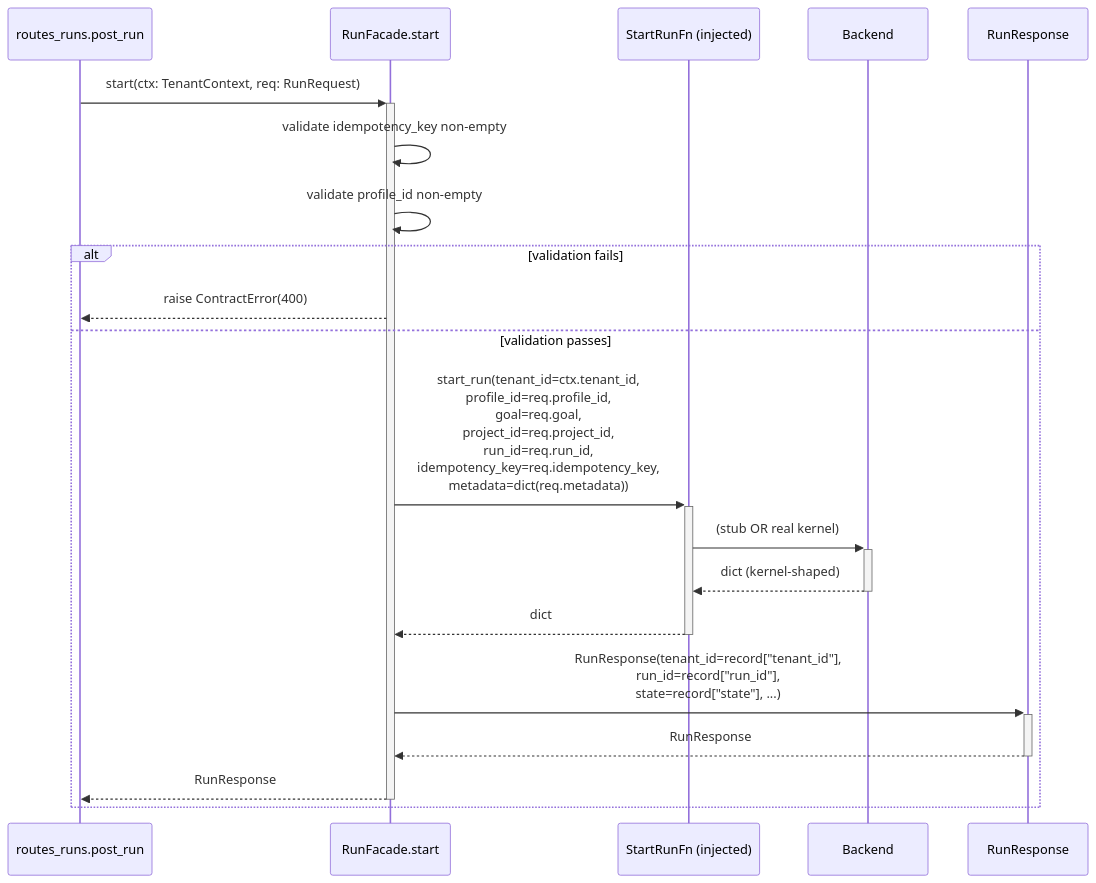
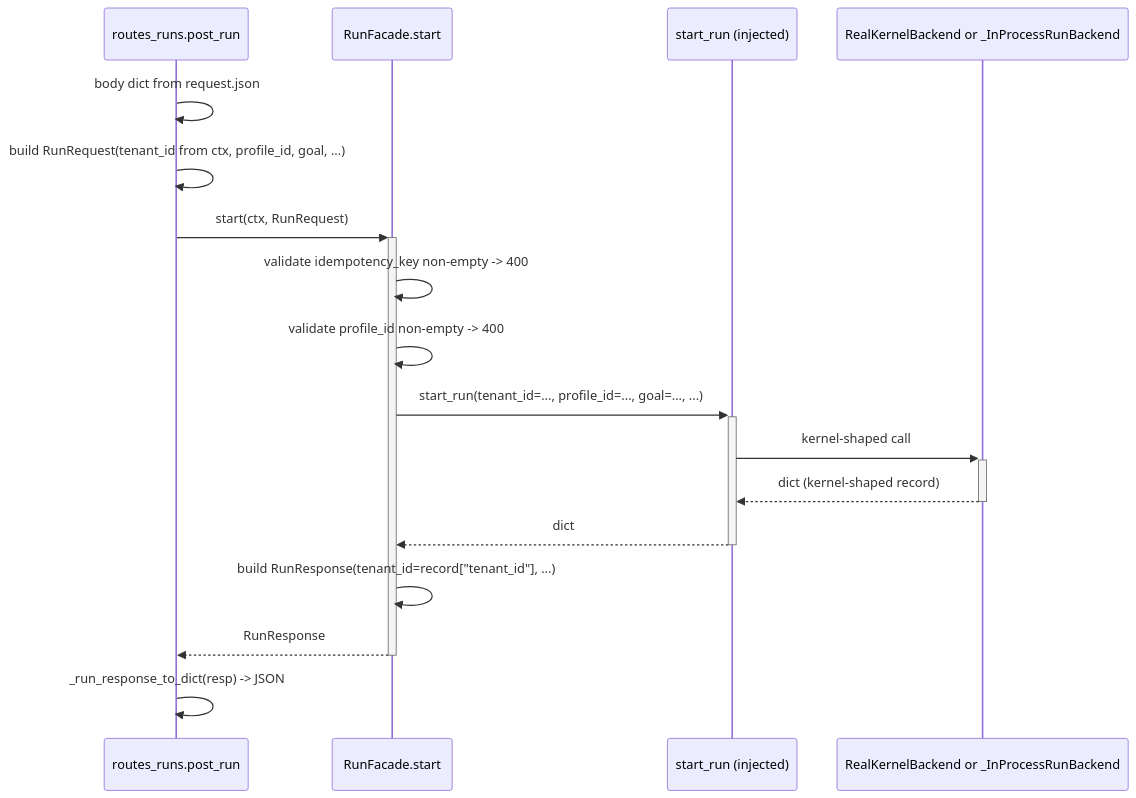
Before and after one commit to chaosxingxc-orion/hi-agent: the fifth of 5 diagrams in agent_server/facade/ARCHITECTURE.md, drawn with Mermaid. The commit also changed other lines of this file and 25 other files, not shown here.

First line of the commit message:
[W35-corrective] Refresh ARCHITECTURE.md hierarchy + add missing READMEs

````diff
--- a/agent_server/facade/ARCHITECTURE.md
+++ b/agent_server/facade/ARCHITECTURE.md
@@ -147,23 +332,20 @@
 ```mermaid
 sequenceDiagram
     participant Route as routes_runs.post_run
     participant Facade as RunFacade.start
-    participant Callable as StartRunFn (injected)
-    participant Backend
-    participant Resp as RunResponse
+    participant Callable as start_run (injected)
+    participant Backend as RealKernelBackend or _InProcessRunBackend
 
-    Route->>+Facade: start(ctx: TenantContext, req: RunRequest)
-    Facade->>Facade: validate idempotency_key non-empty
-    Facade->>Facade: validate profile_id non-empty
-    alt validation fails
-        Facade-->>Route: raise ContractError(400)
-    else validation passes
-        Facade->>+Callable: start_run(tenant_id=ctx.tenant_id,<br/>profile_id=req.profile_id,<br/>goal=req.goal,<br/>project_id=req.project_id,<br/>run_id=req.run_id,<br/>idempotency_key=req.idempotency_key,<br/>metadata=dict(req.metadata))
-        Callable->>+Backend: (stub OR real kernel)
-        Backend-->>-Callable: dict (kernel-shaped)
-        Callable-->>-Facade: dict
-        Facade->>+Resp: RunResponse(tenant_id=record["tenant_id"],<br/>run_id=record["run_id"],<br/>state=record["state"], ...)
-        Resp-->>-Facade: RunResponse
-        Facade-->>-Route: RunResponse
-    end
+    Route->>Route: body dict from request.json
+    Route->>Route: build RunRequest(tenant_id from ctx, profile_id, goal, ...)
+    Route->>+Facade: start(ctx, RunRequest)
+    Facade->>Facade: validate idempotency_key non-empty -> 400
+    Facade->>Facade: validate profile_id non-empty -> 400
+    Facade->>+Callable: start_run(tenant_id=..., profile_id=..., goal=..., ...)
+    Callable->>+Backend: kernel-shaped call
+    Backend-->>-Callable: dict (kernel-shaped record)
+    Callable-->>-Facade: dict
+    Facade->>Facade: build RunResponse(tenant_id=record["tenant_id"], ...)
+    Facade-->>-Route: RunResponse
+    Route->>Route: _run_response_to_dict(resp) -> JSON
 ```
````
